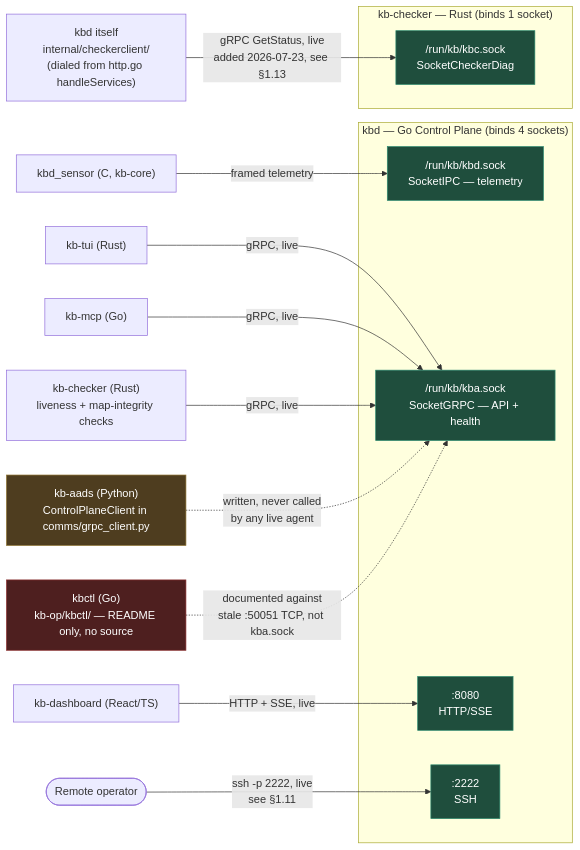
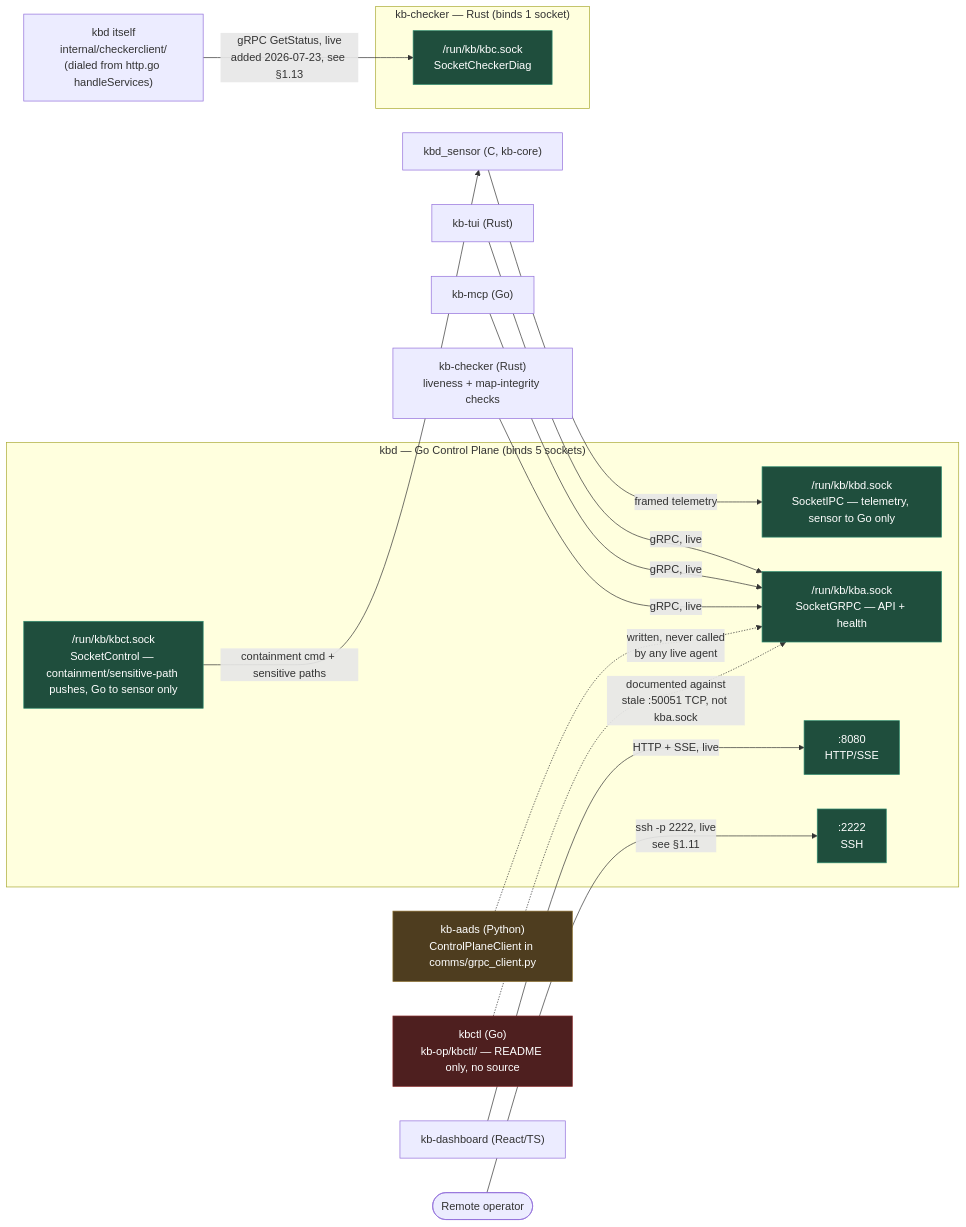
One commit to pardhuvarmax/kernel-borderlands changed the third of 3 diagrams in docs/development/core-control/control-plane-catalog.md. Above: the diagram before and after it, drawn with Mermaid. The commit also changed other lines of this file and 5 other files, not shown here.

````diff
--- a/docs/development/core-control/control-plane-catalog.md
+++ b/docs/development/core-control/control-plane-catalog.md
@@ -568,34 +570,37 @@
 ```mermaid
 flowchart LR
-    subgraph KBD["kbd — Go Control Plane (binds 4 sockets)"]
-        S_IPC["/run/kb/kbd.sock<br/>SocketIPC — telemetry"]
+    subgraph KBD["kbd — Go Control Plane (binds 5 sockets)"]
+        S_IPC["/run/kb/kbd.sock<br/>SocketIPC — telemetry, sensor to Go only"]
+        S_CTL["/run/kb/kbct.sock<br/>SocketControl — containment/sensitive-path pushes, Go to sensor only"]
         S_GRPC["/run/kb/kba.sock<br/>SocketGRPC — API + health"]
         S_HTTP[":8080<br/>HTTP/SSE"]
         S_SSH[":2222<br/>SSH"]
     end
 
     subgraph CHECKER["kb-checker — Rust (binds 1 socket)"]
         S_KBC["/run/kb/kbc.sock<br/>SocketCheckerDiag"]
     end
 
     Sensor["kbd_sensor (C, kb-core)"] -->|framed telemetry| S_IPC
+    S_CTL -->|containment cmd + sensitive paths| Sensor
 
     TUI["kb-tui (Rust)"] -->|gRPC, live| S_GRPC
     MCP["kb-mcp (Go)"] -->|gRPC, live| S_GRPC
     ChkClient["kb-checker (Rust)<br/>liveness + map-integrity checks"] -->|gRPC, live| S_GRPC
     AADS["kb-aads (Python)<br/>ControlPlaneClient in comms/grpc_client.py"] -.->|written, never called<br/>by any live agent| S_GRPC
     KBCTL["kbctl (Go)<br/>kb-op/kbctl/ — README only, no source"] -.->|documented against<br/>stale :50051 TCP, not kba.sock| S_GRPC
 
     Dashboard["kb-dashboard (React/TS)"] -->|HTTP + SSE, live| S_HTTP
     Operator(["Remote operator"]) -->|ssh -p 2222, live<br/>see §1.11| S_SSH
 
     KBD_Client["kbd itself<br/>internal/checkerclient/<br/>(dialed from http.go handleServices)"] -->|gRPC GetStatus, live<br/>added 2026-07-23, see §1.13| S_KBC
 
     style S_IPC fill:#1f4e3d,stroke:#2e8b6f,color:#fff
+    style S_CTL fill:#1f4e3d,stroke:#2e8b6f,color:#fff
     style S_GRPC fill:#1f4e3d,stroke:#2e8b6f,color:#fff
     style S_HTTP fill:#1f4e3d,stroke:#2e8b6f,color:#fff
     style S_SSH fill:#1f4e3d,stroke:#2e8b6f,color:#fff
     style S_KBC fill:#1f4e3d,stroke:#2e8b6f,color:#fff
     style AADS fill:#4e3d1f,stroke:#8b6f2e,color:#fff
     style KBCTL fill:#4e1f1f,stroke:#8b2e2e,color:#fff
 ```
````
